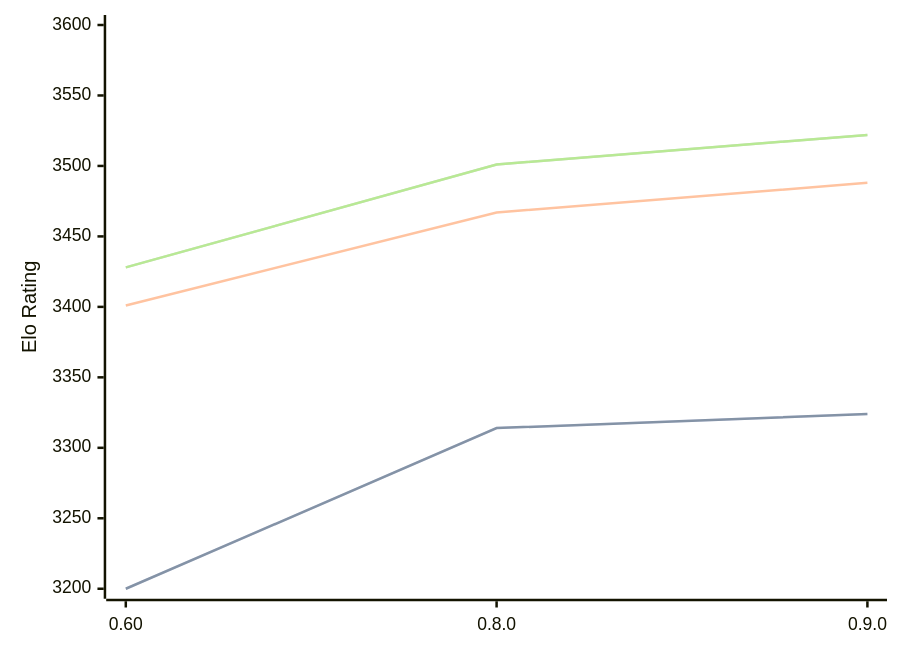
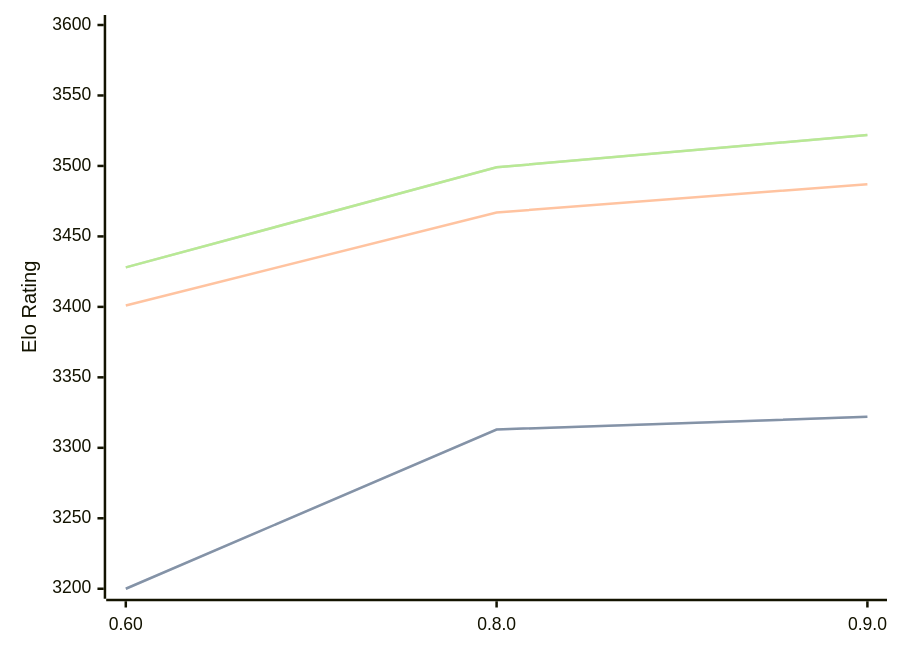
Before and after one commit to computer-chess-index/cci: the third of 3 diagrams in engines/Motor.md, drawn with Mermaid. The commit also changed other lines of this file, not shown here.

Commit message:
Update CCI Ratings (ELO VLTC) - 2026-07-15

````diff
--- a/engines/Motor.md
+++ b/engines/Motor.md
@@ -72,11 +72,11 @@
 ```mermaid
 %%{init: {"theme":"base","themeVariables":{"seriesColors:['#a3a3a3','#222221','#faa371']}}}%%
 xychart-beta
   x-axis ["0.60", "0.8.0", "0.9.0"]
   y-axis "Elo Rating" 3200 --> 3600
-  line "STC (8.0+0.08s)" [3200, 3314, 3324]
-  line "STC (8.0+0.08s)" [3200, 3314, 3324]
-  line "LTC (60.0+0.60s)" [3401, 3467, 3488]
-  line "VLTC (2m24s+1.12s)" [3428, 3501, 3522]
-  line "VLTC (2m24s+1.12s)" [3428, 3501, 3522]
+  line "STC (8.0+0.08s)" [3200, 3313, 3322]
+  line "STC (8.0+0.08s)" [3200, 3313, 3322]
+  line "LTC (60.0+0.60s)" [3401, 3467, 3487]
+  line "VLTC (2m24s+1.12s)" [3428, 3499, 3522]
+  line "VLTC (2m24s+1.12s)" [3428, 3499, 3522]
 ```
````
